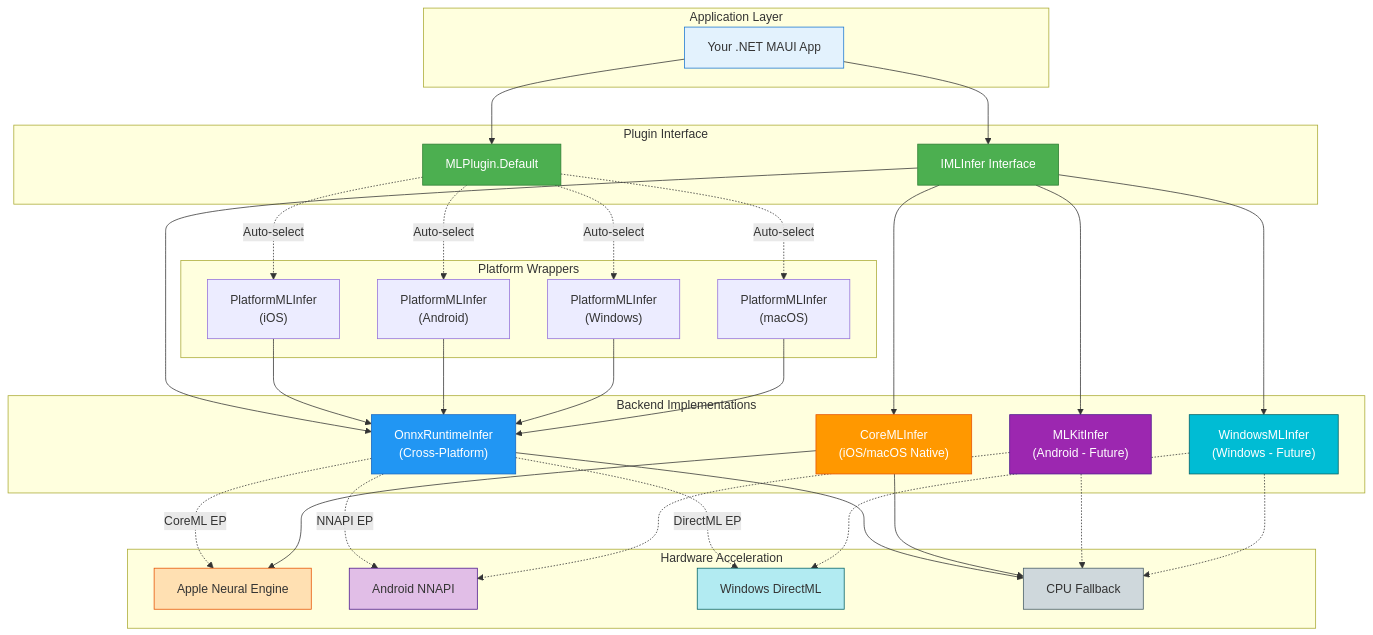
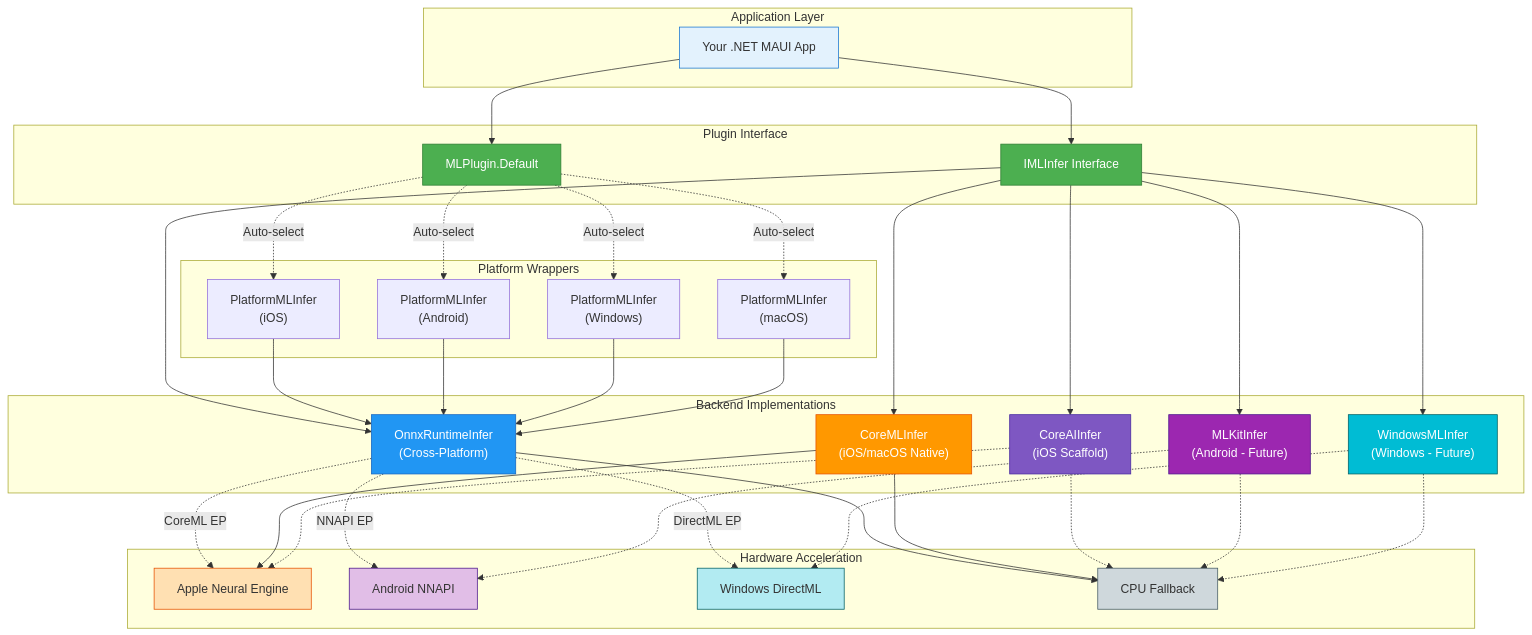
Before and after one commit to Clinical-Support-Systems/Plugin.Maui.ML: the first of 4 diagrams in docs/ARCHITECTURE.md, drawn with Mermaid. The commit also changed other lines of this file and 9 other files, not shown here.

First line of the commit message:
Add CoreAI scaffold & MacCatalyst CoreML implementation

````diff
--- a/docs/ARCHITECTURE.md
+++ b/docs/ARCHITECTURE.md
@@ -5,76 +5,82 @@
 ```mermaid
 graph TB
     subgraph "Application Layer"
         APP["Your .NET MAUI App"]
     end
     
     subgraph "Plugin Interface"
         IMLIF["IMLInfer Interface"]
         PLUGIN["MLPlugin.Default"]
     end
     
     subgraph "Backend Implementations"
         ONNX["OnnxRuntimeInfer<br/>(Cross-Platform)"]
         COREML["CoreMLInfer<br/>(iOS/macOS Native)"]
+        COREAI["CoreAIInfer<br/>(iOS Scaffold)"]
         MLKIT["MLKitInfer<br/>(Android - Future)"]
         WINML["WindowsMLInfer<br/>(Windows - Future)"]
     end
     
     subgraph "Platform Wrappers"
         PIOS["PlatformMLInfer<br/>(iOS)"]
         PANDROID["PlatformMLInfer<br/>(Android)"]
         PWIN["PlatformMLInfer<br/>(Windows)"]
         PMAC["PlatformMLInfer<br/>(macOS)"]
     end
     
     subgraph "Hardware Acceleration"
         NE["Apple Neural Engine"]
         NNAPI["Android NNAPI"]
         DML["Windows DirectML"]
         CPU["CPU Fallback"]
     end
     
     APP --> IMLIF
     APP --> PLUGIN
     
     PLUGIN -.->|"Auto-select"| PIOS
     PLUGIN -.->|"Auto-select"| PANDROID
     PLUGIN -.->|"Auto-select"| PWIN
     PLUGIN -.->|"Auto-select"| PMAC
     
     IMLIF --> ONNX
     IMLIF --> COREML
+    IMLIF --> COREAI
     IMLIF --> MLKIT
     IMLIF --> WINML
     
     PIOS --> ONNX
     PANDROID --> ONNX
     PWIN --> ONNX
     PMAC --> ONNX
     
     ONNX -.->|"CoreML EP"| NE
     ONNX -.->|"NNAPI EP"| NNAPI
     ONNX -.->|"DirectML EP"| DML
     ONNX --> CPU
     
     COREML --> NE
     COREML --> CPU
+
+    COREAI -.-> NE
+    COREAI -.-> CPU
     
     MLKIT -.-> NNAPI
     MLKIT -.-> CPU
     
     WINML -.-> DML
     WINML -.-> CPU
     
     style APP fill:#E3F2FD,stroke:#1976D2
     style IMLIF fill:#4CAF50,stroke:#2E7D32,color:#fff
     style PLUGIN fill:#4CAF50,stroke:#2E7D32,color:#fff
     style ONNX fill:#2196F3,stroke:#1565C0,color:#fff
     style COREML fill:#FF9800,stroke:#E65100,color:#fff
+    style COREAI fill:#7E57C2,stroke:#4527A0,color:#fff
     style MLKIT fill:#9C27B0,stroke:#4A148C,color:#fff
     style WINML fill:#00BCD4,stroke:#006064,color:#fff
     style NE fill:#FFE0B2,stroke:#E65100
     style NNAPI fill:#E1BEE7,stroke:#4A148C
     style DML fill:#B2EBF2,stroke:#006064
     style CPU fill:#CFD8DC,stroke:#455A64
 ```
````
